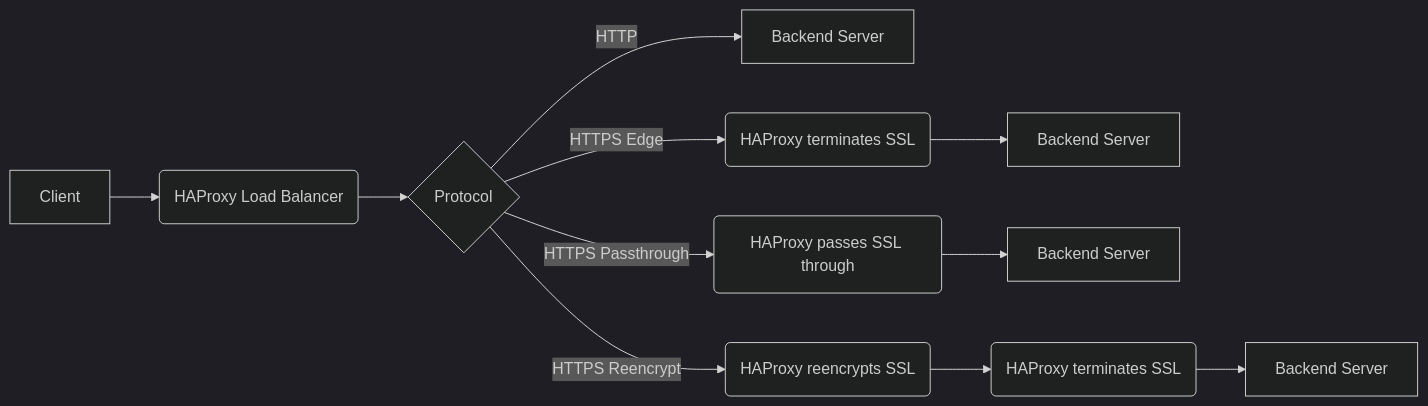
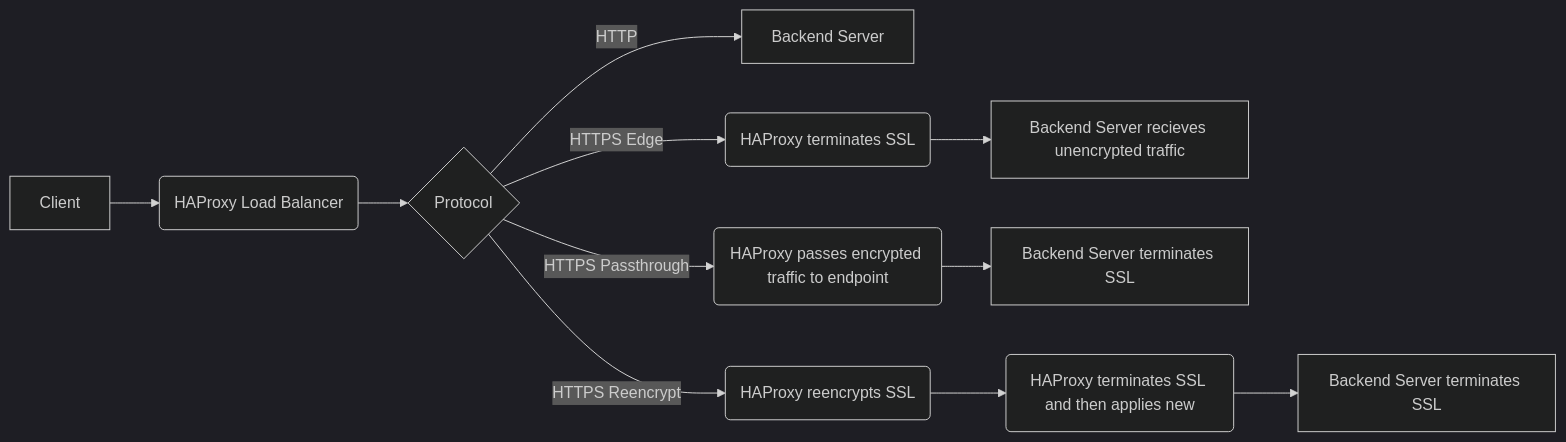
One commit to Scotchman0/haproxy-flow-machine changed the third of 3 diagrams in README.md. Above: the diagram before and after it, drawn with Mermaid (dark theme).

````diff
--- a/README.md
+++ b/README.md
@@ -59,13 +59,13 @@
 ```mermaid
 graph LR
 A[Client] --> B(HAProxy Load Balancer)
 B --> C{Protocol}
 C -->|HTTP| D[Backend Server]
 C -->|HTTPS Edge| E(HAProxy terminates SSL)
-E --> F[Backend Server]
-C -->|HTTPS Passthrough| G(HAProxy passes SSL through)
-G --> H[Backend Server]
+E --> F[Backend Server recieves unencrypted traffic]
+C -->|HTTPS Passthrough| G(HAProxy passes encrypted traffic to endpoint)
+G --> H[Backend Server terminates SSL]
 C -->|HTTPS Reencrypt| I(HAProxy reencrypts SSL)
-I --> J(HAProxy terminates SSL)
-J --> K[Backend Server]
+I --> J(HAProxy terminates SSL and then applies new )
+J --> K[Backend Server terminates SSL]
 ```
````
